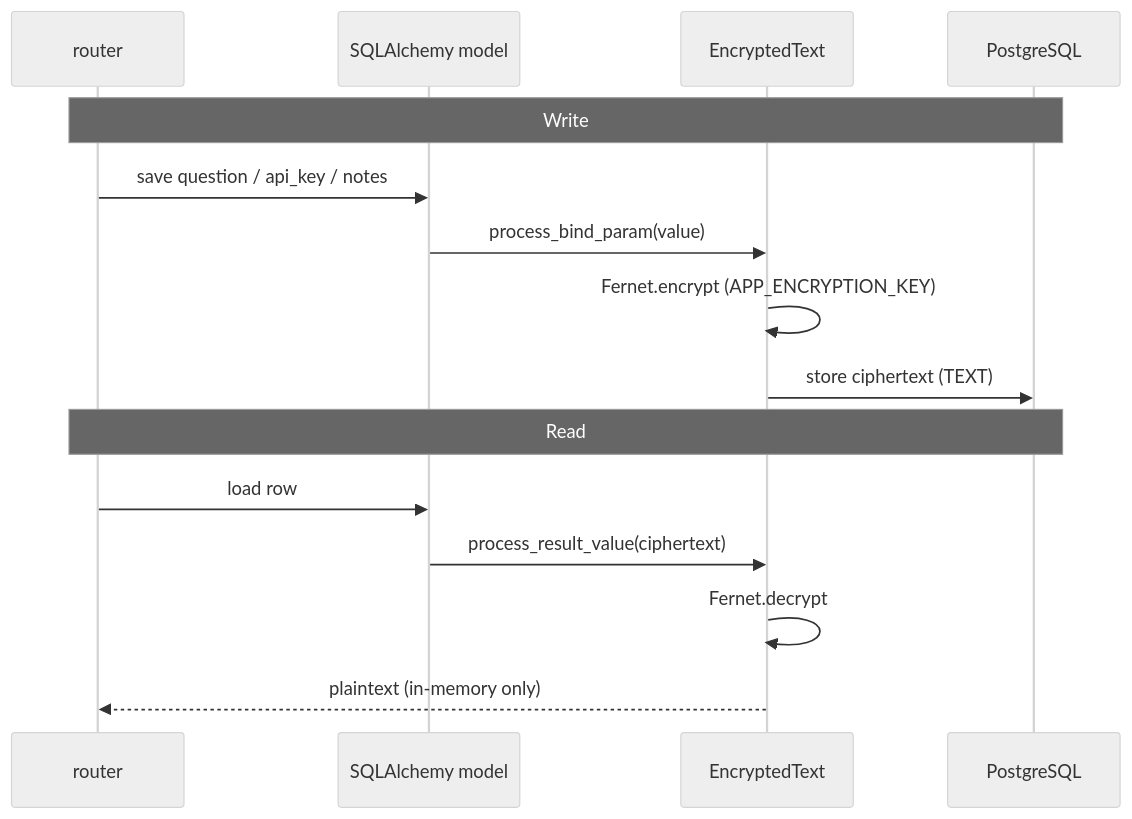
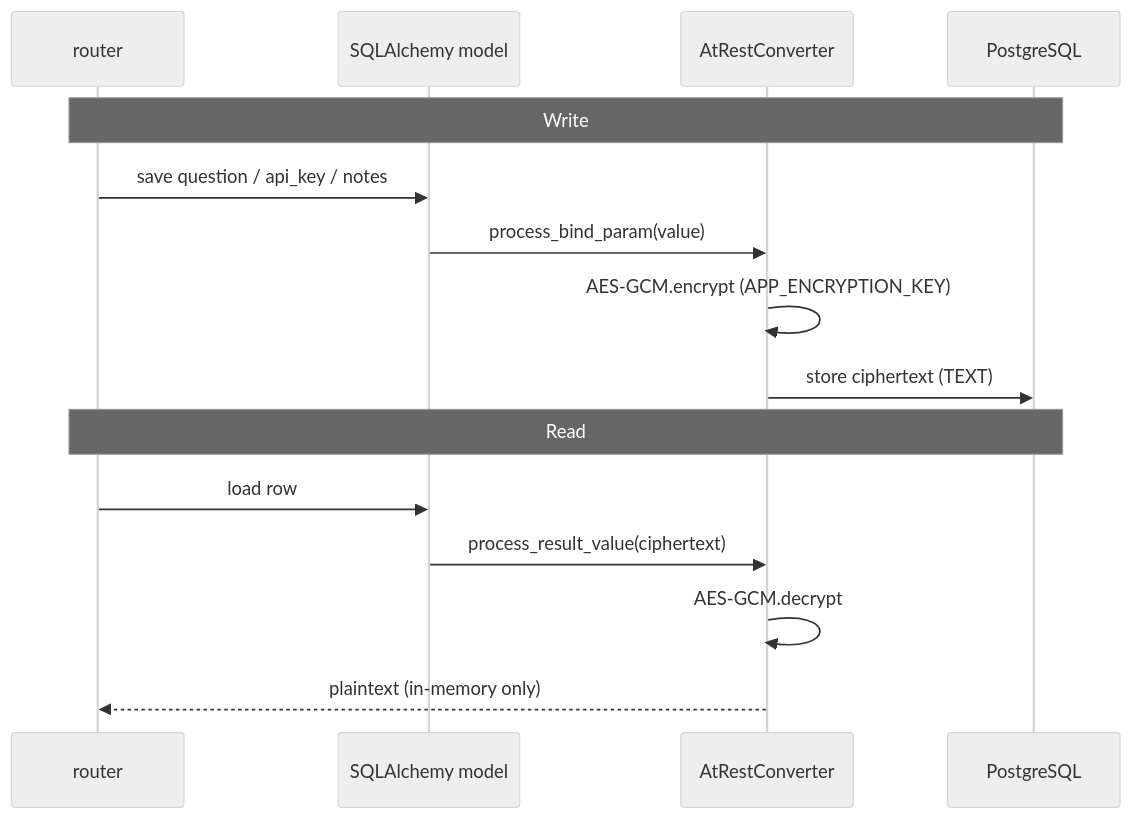
The sixth of 7 diagrams in docs/ARCHITECTURE.md (rishabh750/quiz), drawn with Mermaid (neutral theme) before and after one commit. The commit also changed other lines of this file and 83 other files, not shown here.

````diff
--- a/docs/ARCHITECTURE.md
+++ b/docs/ARCHITECTURE.md
@@ -154,19 +184,19 @@
 ```mermaid
 sequenceDiagram
   participant API as router
   participant M as SQLAlchemy model
-  participant ET as EncryptedText
+  participant ET as AtRestConverter
   participant DB as PostgreSQL
 
   Note over API,DB: Write
   API->>M: save question / api_key / notes
   M->>ET: process_bind_param(value)
-  ET->>ET: Fernet.encrypt (APP_ENCRYPTION_KEY)
+  ET->>ET: AES-GCM.encrypt (APP_ENCRYPTION_KEY)
   ET->>DB: store ciphertext (TEXT)
 
   Note over API,DB: Read
   API->>M: load row
   M->>ET: process_result_value(ciphertext)
-  ET->>ET: Fernet.decrypt
+  ET->>ET: AES-GCM.decrypt
   ET-->>API: plaintext (in-memory only)
 ```
````
